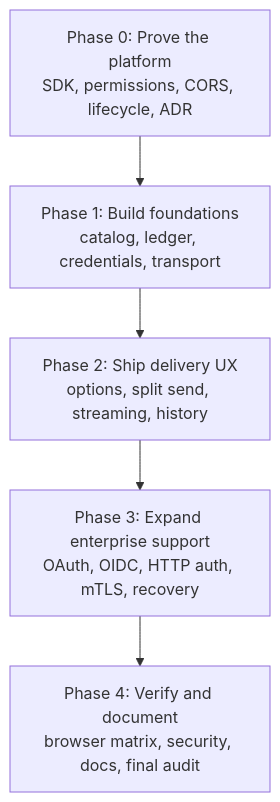
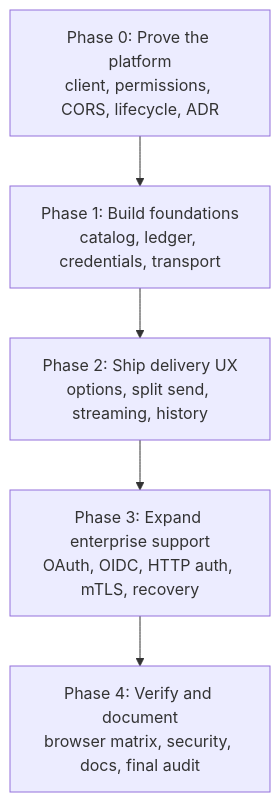
One commit to whizzzkid/point-and-shoot changed the fifth of 6 diagrams in docs/plans/A2A-client/README.md. Above: the diagram before and after it, drawn with Mermaid. The commit also changed other lines of this file and 6 other files, not shown here.

````diff
--- a/docs/plans/A2A-client/README.md
+++ b/docs/plans/A2A-client/README.md
@@ -340,10 +375,10 @@
 ```mermaid
 flowchart TD
-  P0["Phase 0: Prove the platform<br/>SDK, permissions, CORS, lifecycle, ADR"]
+  P0["Phase 0: Prove the platform<br/>client, permissions, CORS, lifecycle, ADR"]
   P1["Phase 1: Build foundations<br/>catalog, ledger, credentials, transport"]
   P2["Phase 2: Ship delivery UX<br/>options, split send, streaming, history"]
   P3["Phase 3: Expand enterprise support<br/>OAuth, OIDC, HTTP auth, mTLS, recovery"]
   P4["Phase 4: Verify and document<br/>browser matrix, security, docs, final audit"]
 
   P0 --> P1 --> P2 --> P3 --> P4
 ```
````
